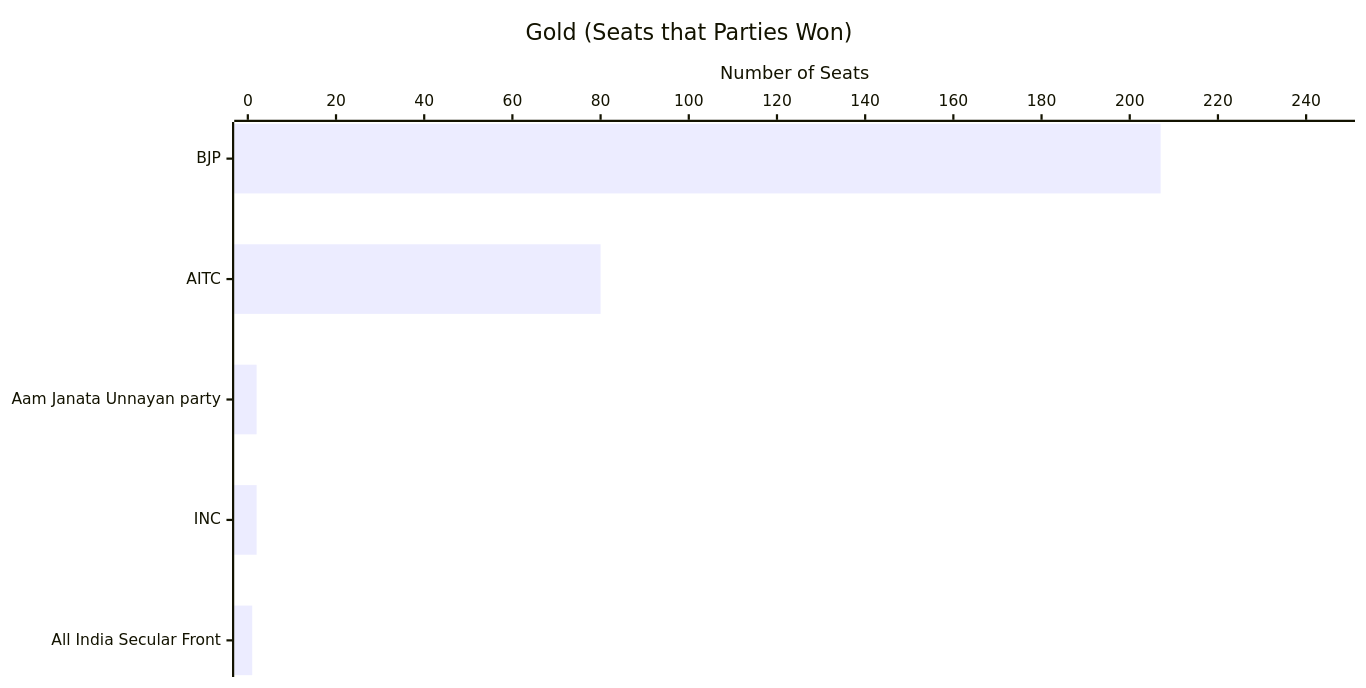
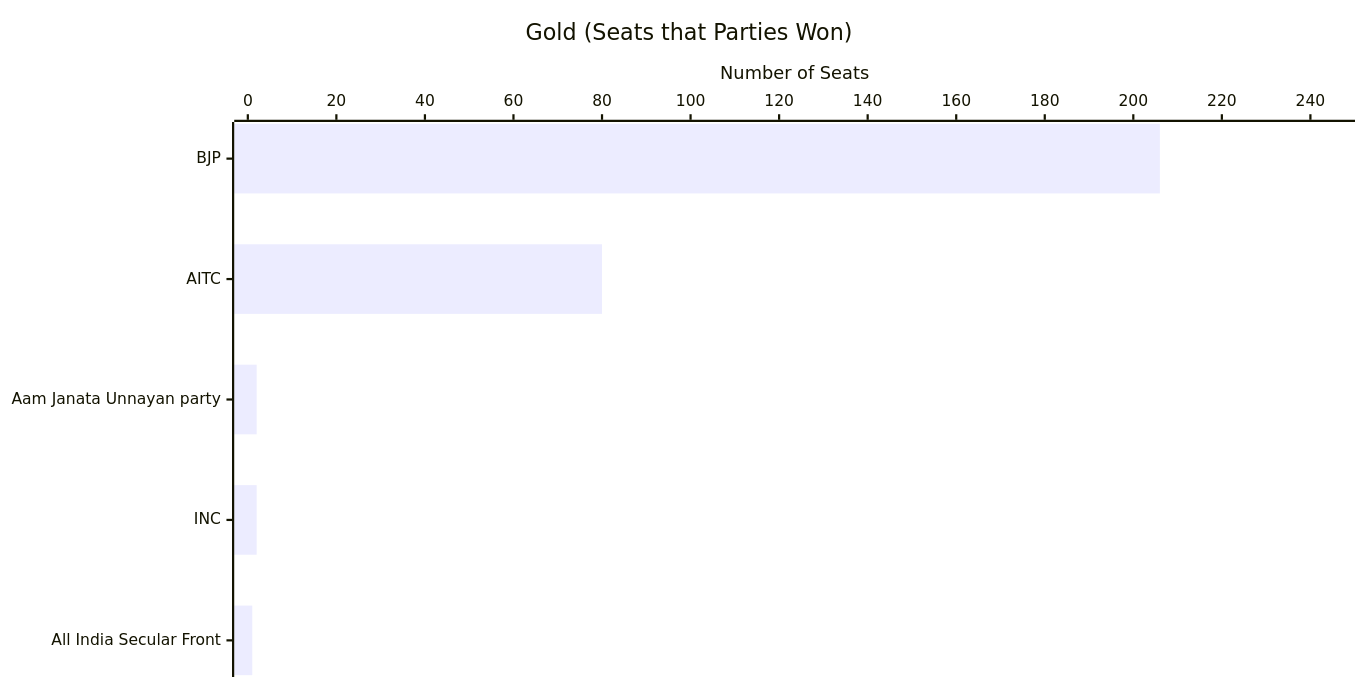
Diagram 16 of 23 in result/WEST BENGAL/West Bengal-GRAPH.md (arjunswaj/elections), drawn with Mermaid before and after one commit. The commit also changed other lines of this file and 64 other files, not shown here.

````diff
--- a/result/WEST BENGAL/West Bengal-GRAPH.md
+++ b/result/WEST BENGAL/West Bengal-GRAPH.md
@@ -348,17 +349,17 @@
 ```mermaid
 ---
 config:
   xyChart:
     width: 1200
     height: 600
     chartOrientation: horizontal
   dataLabels:
     enabled: true
     placement: end
 ---
 xychart-beta
 title "Gold (Seats that Parties Won)"
 x-axis ["BJP", "AITC", "Aam Janata Unnayan party", "INC", "All India Secular Front"]
-y-axis "Number of Seats" 0 --> 248
-bar [207, 80, 2, 2, 1]
+y-axis "Number of Seats" 0 --> 247
+bar [206, 80, 2, 2, 1]
 ```
````
